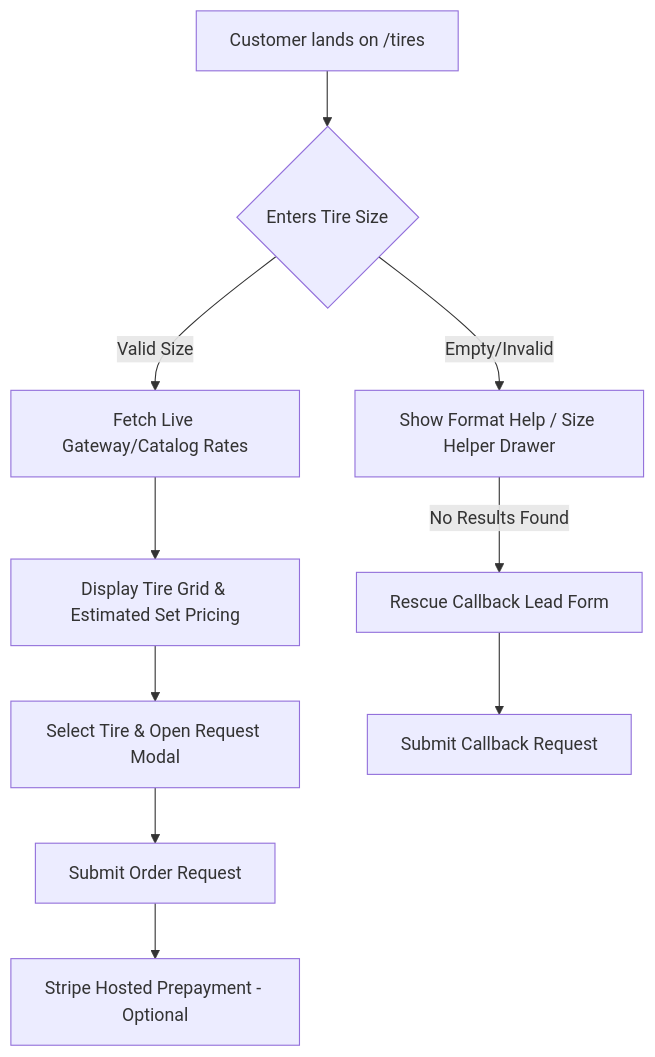
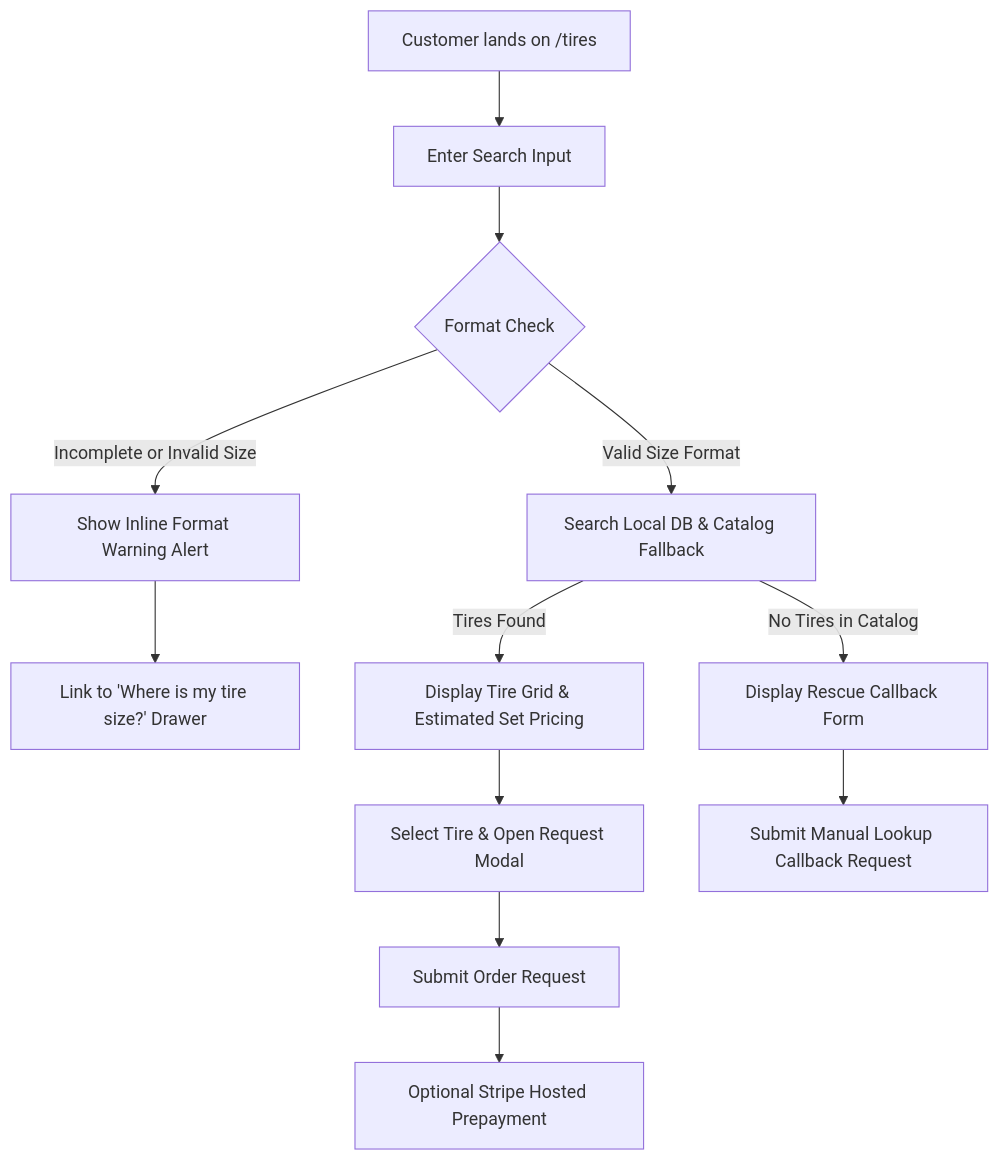
Before and after one commit to nourdean22/MAINnicks-tire-autoNEW: the diagram in apps/nickstire/docs/2026-06-10-tires-quantum-conversion-upgrade.md, drawn with Mermaid. The commit also changed other lines of this file, not shown here.

Commit message:
docs(nickstire): revise tires conversion docs for factual accuracy

````diff
--- a/apps/nickstire/docs/2026-06-10-tires-quantum-conversion-upgrade.md
+++ b/apps/nickstire/docs/2026-06-10-tires-quantum-conversion-upgrade.md
@@ -15,12 +15,20 @@
 ```mermaid
 graph TD
-    A[Customer lands on /tires] --> B{Enters Tire Size}
-    B -- Valid Size --> C[Fetch Live Gateway/Catalog Rates]
-    B -- Empty/Invalid --> D[Show Format Help / Size Helper Drawer]
-    C --> E[Display Tire Grid & Estimated Set Pricing]
-    E --> F[Select Tire & Open Request Modal]
-    F --> G[Submit Order Request]
-    G --> H[Stripe Hosted Prepayment - Optional]
-    D -- No Results Found --> I[Rescue Callback Lead Form]
-    I --> J[Submit Callback Request]
+    A[Customer lands on /tires] --> B[Enter Search Input]
+    
+    %% Path A: Formatting Help
+    B --> C{Format Check}
+    C -- Incomplete or Invalid Size --> D[Show Inline Format Warning Alert]
+    D --> E[Link to 'Where is my tire size?' Drawer]
+    
+    %% Path B: Valid Search Flow
+    C -- Valid Size Format --> F[Search Local DB & Catalog Fallback]
+    F -- Tires Found --> G[Display Tire Grid & Estimated Set Pricing]
+    G --> H[Select Tire & Open Request Modal]
+    H --> I[Submit Order Request]
+    I --> J[Optional Stripe Hosted Prepayment]
+    
+    %% Path C: Rescue Fallback Flow
+    F -- No Tires in Catalog --> K[Display Rescue Callback Form]
+    K --> L[Submit Manual Lookup Callback Request]
 ```
````
